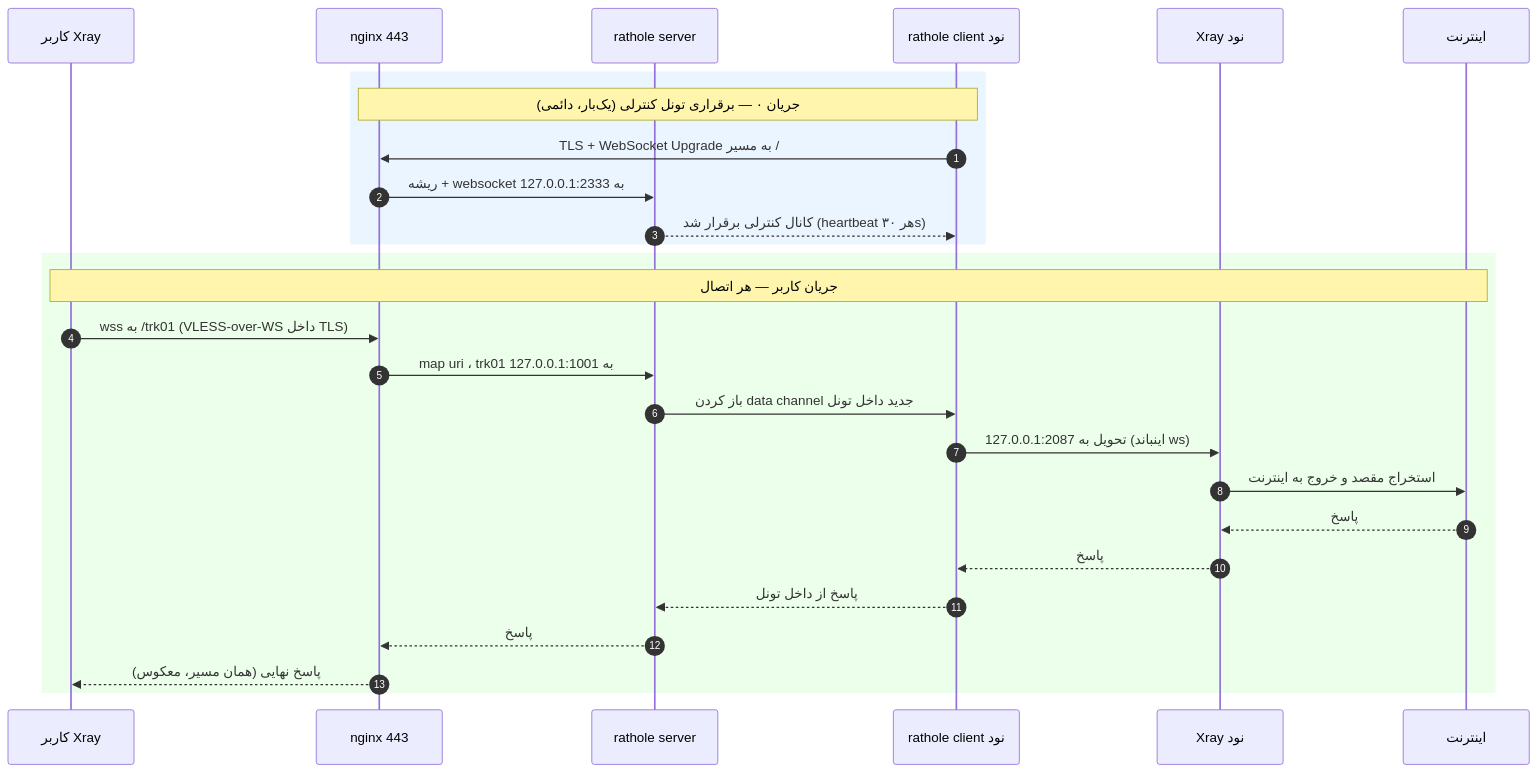
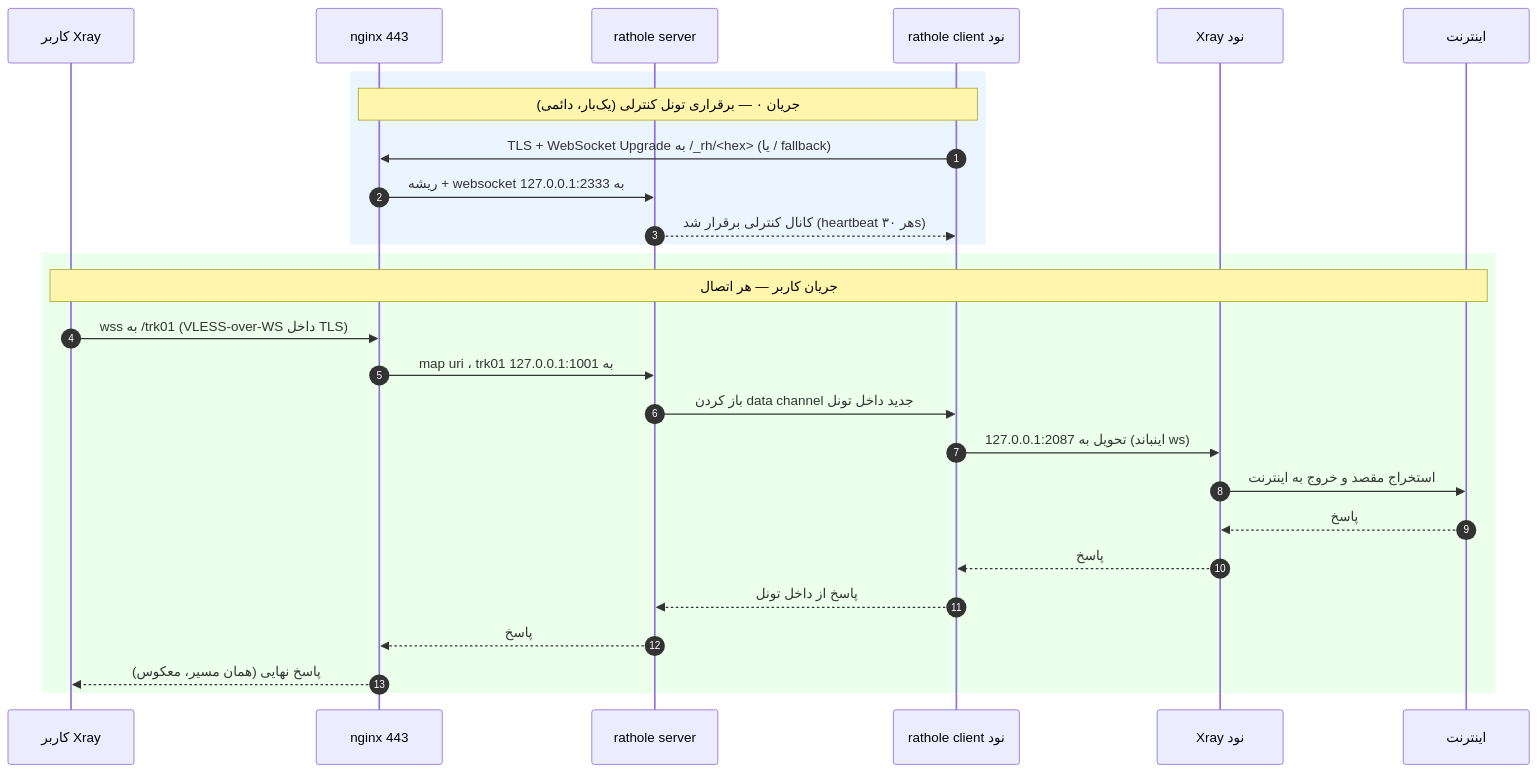
The second of 2 diagrams in docs/traffic-flow.md (l8PYGIT/RatholeEngine), drawn with Mermaid before and after one commit. The commit also changed other lines of this file and 24 other files, not shown here.

````diff
--- a/docs/traffic-flow.md
+++ b/docs/traffic-flow.md
@@ -83,31 +85,31 @@
 ```mermaid
 sequenceDiagram
     autonumber
     participant U as کاربر Xray
     participant N as nginx 443
     participant R as rathole server
     participant C as rathole client نود
     participant X as Xray نود
     participant I as اینترنت
 
     rect rgb(235,245,255)
     note over C,N: جریان ۰ — برقراری تونل کنترلی (یک‌بار، دائمی)
-    C->>N: TLS + WebSocket Upgrade به مسیر /
+    C->>N: TLS + WebSocket Upgrade به /_rh/<hex> (یا / fallback)
     N->>R: ریشه + websocket به 127.0.0.1:2333
     R-->>C: کانال کنترلی برقرار شد (heartbeat هر ۳۰s)
     end
 
     rect rgb(235,255,235)
     note over U,I: جریان کاربر — هر اتصال
     U->>N: wss به /trk01 (VLESS-over-WS داخل TLS)
     N->>R: map uri ، trk01 به 127.0.0.1:1001
     R->>C: باز کردن data channel جدید داخل تونل
     C->>X: تحویل به 127.0.0.1:2087 (اینباند ws)
     X->>I: استخراج مقصد و خروج به اینترنت
     I-->>X: پاسخ
     X-->>C: پاسخ
     C-->>R: پاسخ از داخل تونل
     R-->>N: پاسخ
     N-->>U: پاسخ نهایی (همان مسیر، معکوس)
     end
 ```
````
